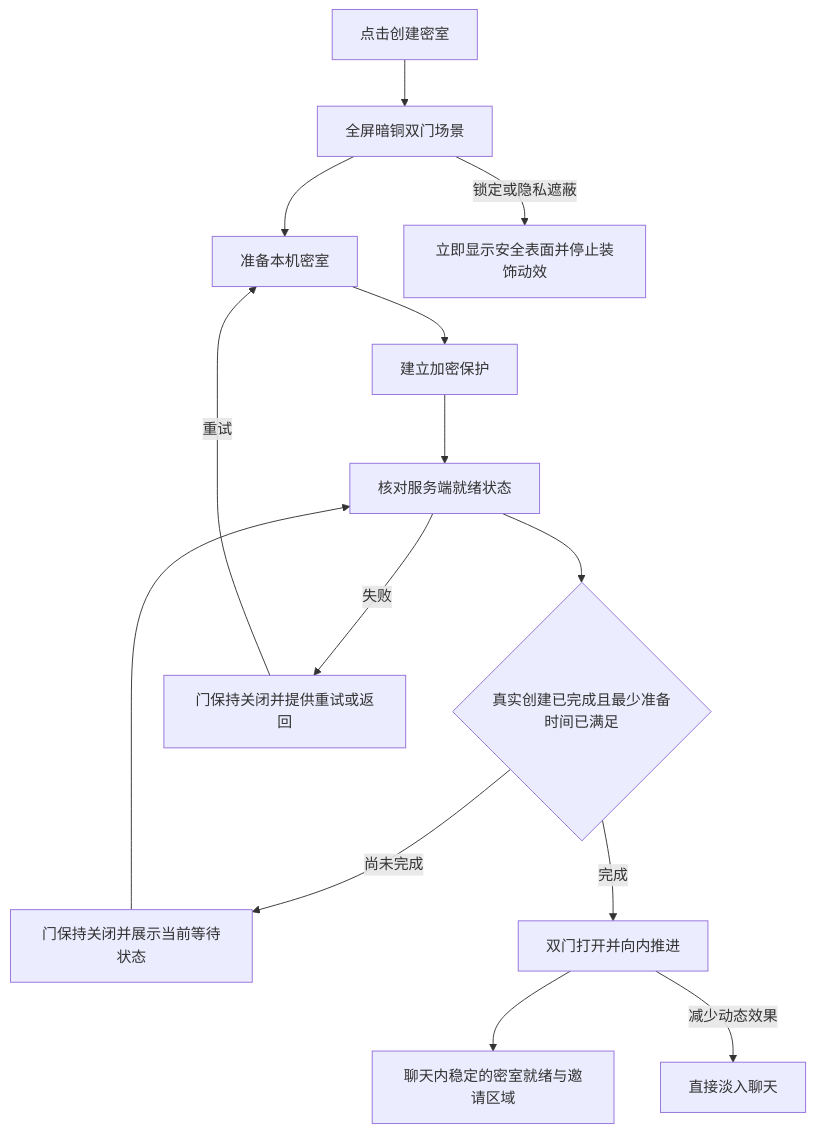
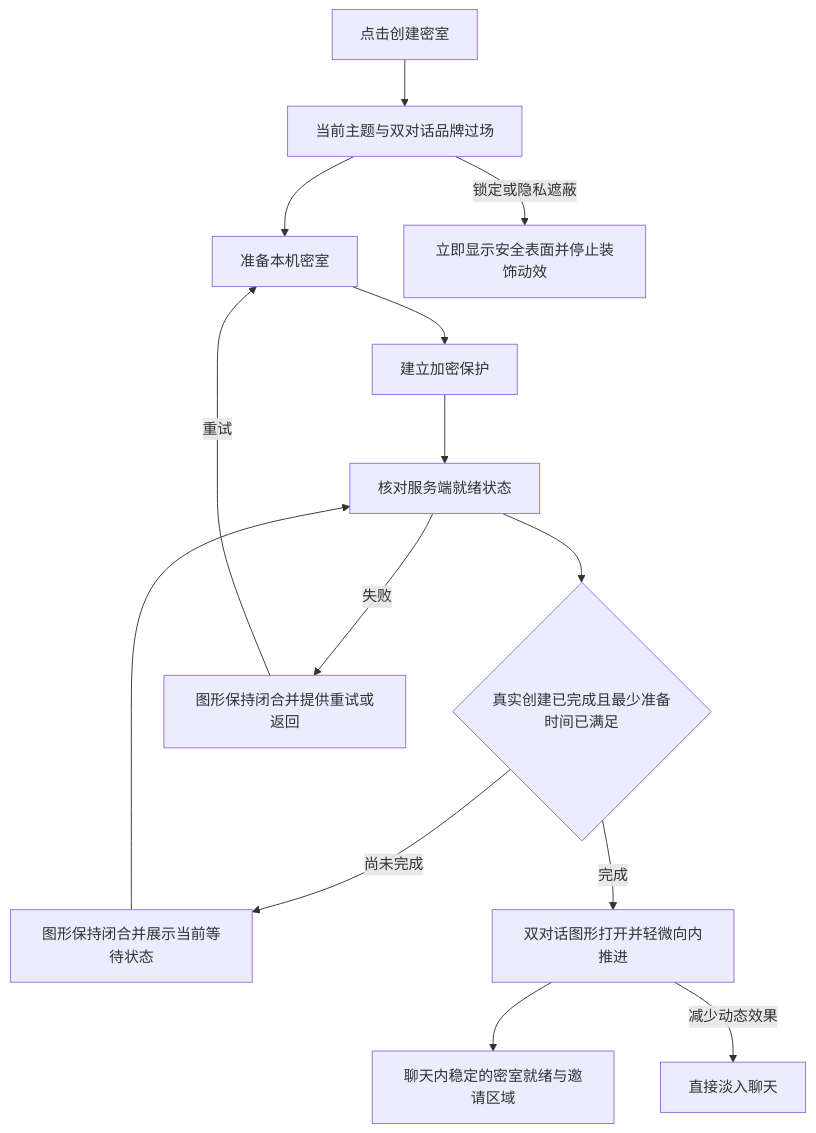
One commit to zdaiwmm/shui-IM changed the first of 6 diagrams in docs/requirements/2026-10-23-settings-17-prototype/flow.md. Above: the diagram before and after it, drawn with Mermaid. The commit also changed other lines of this file and 6 other files, not shown here.

````diff
--- a/docs/requirements/2026-10-23-settings-17-prototype/flow.md
+++ b/docs/requirements/2026-10-23-settings-17-prototype/flow.md
@@ -8,16 +8,16 @@
 ```mermaid
 flowchart TD
-  A[点击创建密室] --> B[全屏暗铜双门场景]
+  A[点击创建密室] --> B[当前主题与双对话品牌过场]
   B --> C[准备本机密室]
   C --> D[建立加密保护]
   D --> E[核对服务端就绪状态]
   E --> F{真实创建已完成且最少准备时间已满足}
-  F -->|尚未完成| G[门保持关闭并展示当前等待状态]
+  F -->|尚未完成| G[图形保持闭合并展示当前等待状态]
   G --> E
-  E -->|失败| H[门保持关闭并提供重试或返回]
+  E -->|失败| H[图形保持闭合并提供重试或返回]
   H -->|重试| C
-  F -->|完成| I[双门打开并向内推进]
+  F -->|完成| I[双对话图形打开并轻微向内推进]
   I --> J[聊天内稳定的密室就绪与邀请区域]
   I -->|减少动态效果| K[直接淡入聊天]
   B -->|锁定或隐私遮蔽| L[立即显示安全表面并停止装饰动效]
 ```
````
